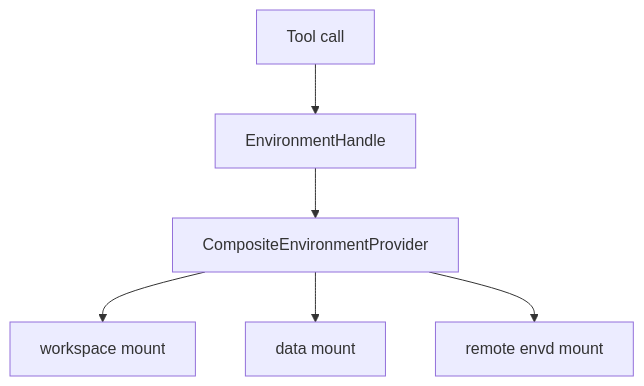
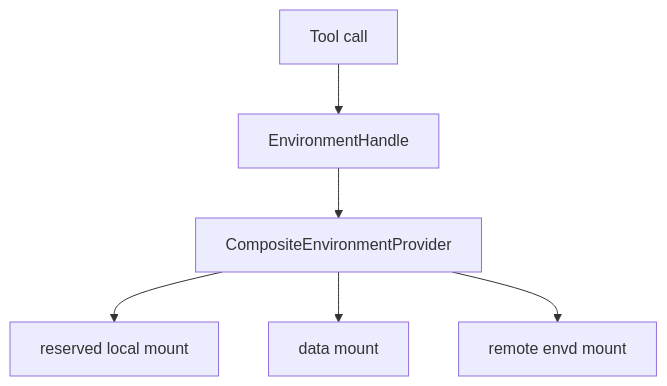
One commit to Wh1isper/starweaver changed the second of 7 diagrams in spec/environment/02-tool-binding-and-envd-adapter.md. Above: the diagram before and after it, drawn with Mermaid. The commit also changed other lines of this file and 12 other files, not shown here.

````diff
--- a/spec/environment/02-tool-binding-and-envd-adapter.md
+++ b/spec/environment/02-tool-binding-and-envd-adapter.md
@@ -35,15 +35,15 @@
 ```mermaid
 flowchart TD
     tool[Tool call]
     handle[EnvironmentHandle]
     composite[CompositeEnvironmentProvider]
-    workspace[workspace mount]
+    local[reserved local mount]
     data[data mount]
     remote[remote envd mount]
 
     tool --> handle
     handle --> composite
-    composite --> workspace
+    composite --> local
     composite --> data
     composite --> remote
 ```
````
